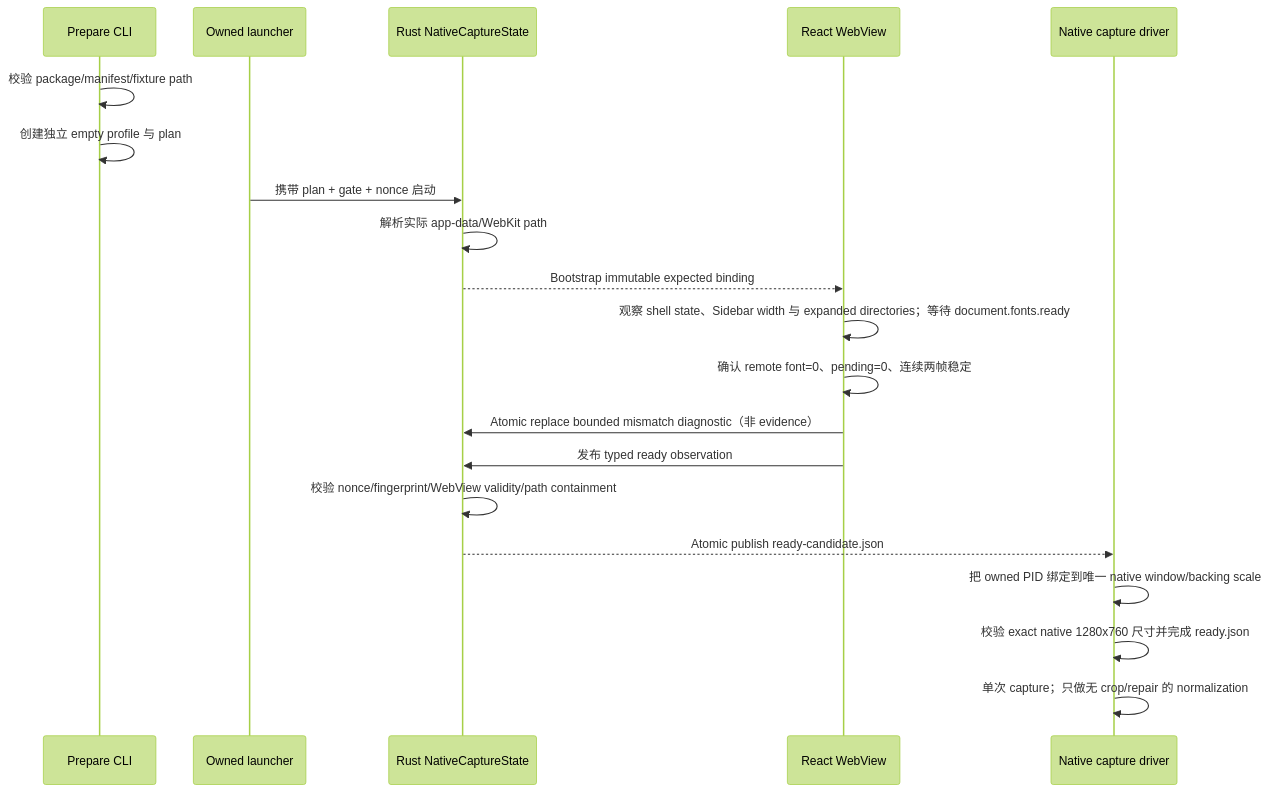
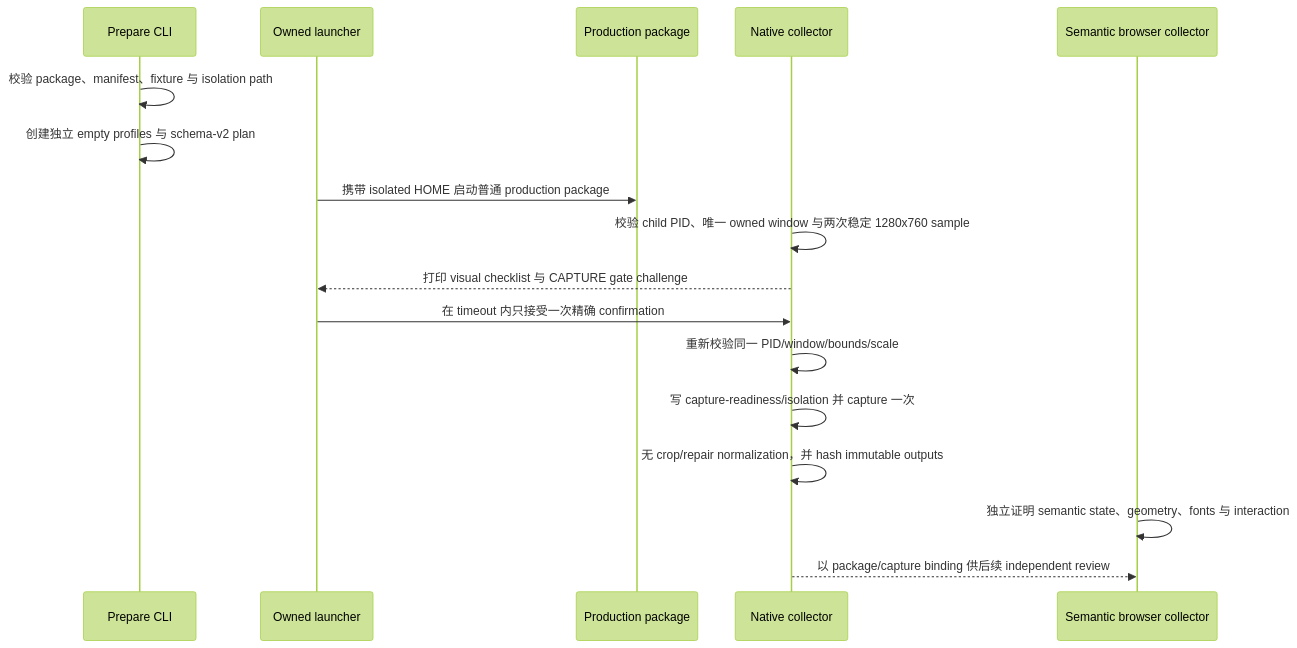
The seventh of 7 diagrams in docs/architecture.zh.md (ignacioli/excalidraw-desktop), drawn with Mermaid (forest theme) before and after one commit. The commit also changed other lines of this file and 21 other files, not shown here.

Commit message:
Simplify native capture harness

````diff
--- a/docs/architecture.zh.md
+++ b/docs/architecture.zh.md
@@ -282,22 +279,19 @@
 ```mermaid
 sequenceDiagram
   participant P as Prepare CLI
   participant L as Owned launcher
-  participant R as Rust NativeCaptureState
-  participant W as React WebView
-  participant D as Native capture driver
-  P->>P: 校验 package/manifest/fixture path
-  P->>P: 创建独立 empty profile 与 plan
-  L->>R: 携带 plan + gate + nonce 启动
-  R->>R: 解析实际 app-data/WebKit path
-  R-->>W: Bootstrap immutable expected binding
-  W->>W: 观察 shell state、Sidebar width 与 expanded directories；等待 document.fonts.ready
-  W->>W: 确认 remote font=0、pending=0、连续两帧稳定
-  W->>R: Atomic replace bounded mismatch diagnostic（非 evidence）
-  W->>R: 发布 typed ready observation
-  R->>R: 校验 nonce/fingerprint/WebView validity/path containment
-  R-->>D: Atomic publish ready-candidate.json
-  D->>D: 把 owned PID 绑定到唯一 native window/backing scale
-  D->>D: 校验 exact native 1280x760 尺寸并完成 ready.json
-  D->>D: 单次 capture；只做无 crop/repair 的 normalization
+  participant A as Production package
+  participant D as Native collector
+  participant W as Semantic browser collector
+  P->>P: 校验 package、manifest、fixture 与 isolation path
+  P->>P: 创建独立 empty profiles 与 schema-v2 plan
+  L->>A: 携带 isolated HOME 启动普通 production package
+  D->>D: 校验 child PID、唯一 owned window 与两次稳定 1280x760 sample
+  D-->>L: 打印 visual checklist 与 CAPTURE gate challenge
+  L->>D: 在 timeout 内只接受一次精确 confirmation
+  D->>D: 重新校验同一 PID/window/bounds/scale
+  D->>D: 写 capture-readiness/isolation 并 capture 一次
+  D->>D: 无 crop/repair normalization，并 hash immutable outputs
+  W->>W: 独立证明 semantic state、geometry、fonts 与 interaction
+  D-->>W: 以 package/capture binding 供后续 independent review
 ```
````
